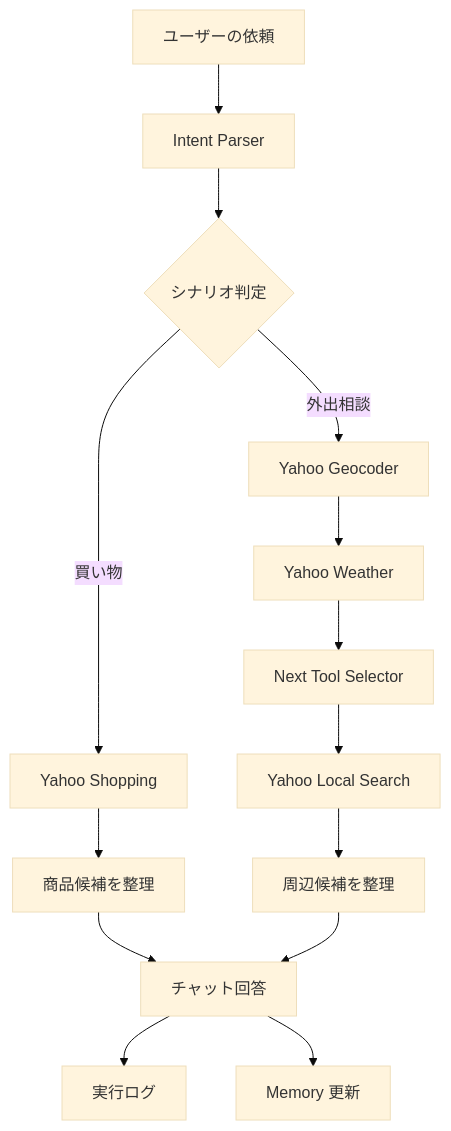
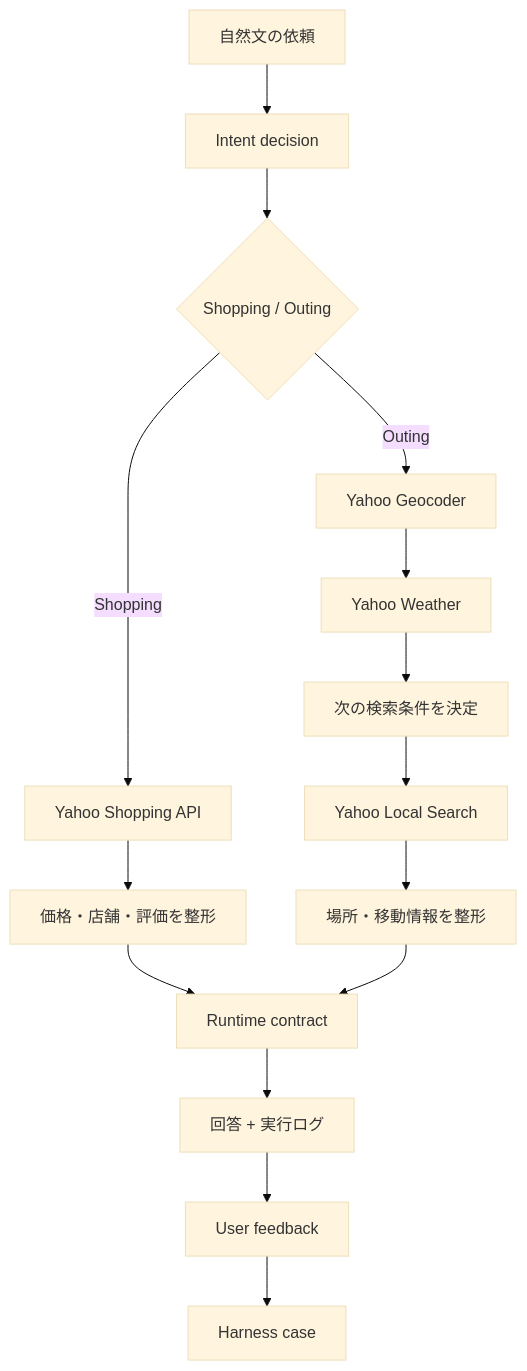
Before and after one commit to dragonwang71/agent-yh-prototype: the diagram in README.md, drawn with Mermaid (base theme). The commit also changed other lines of this file and 36 other files, not shown here.

````diff
--- a/README.md
+++ b/README.md
@@ -47,19 +28,20 @@
 ```mermaid
 flowchart TD
-  A["ユーザーの依頼"] --> B["Intent Parser"]
-  B --> C{"シナリオ判定"}
+  A["自然文の依頼"] --> B["Intent decision"]
+  B --> C{"Shopping / Outing"}
 
-  C -->|"買い物"| D["Yahoo Shopping"]
-  D --> E["商品候補を整理"]
+  C -->|"Shopping"| D["Yahoo Shopping API"]
+  D --> E["価格・店舗・評価を整形"]
 
-  C -->|"外出相談"| F["Yahoo Geocoder"]
+  C -->|"Outing"| F["Yahoo Geocoder"]
   F --> G["Yahoo Weather"]
-  G --> H["Next Tool Selector"]
+  G --> H["次の検索条件を決定"]
   H --> I["Yahoo Local Search"]
-  I --> J["周辺候補を整理"]
+  I --> J["場所・移動情報を整形"]
 
-  E --> K["チャット回答"]
+  E --> K["Runtime contract"]
   J --> K
-  K --> L["実行ログ"]
-  K --> M["Memory 更新"]
+  K --> L["回答 + 実行ログ"]
+  L --> M["User feedback"]
+  M --> N["Harness case"]
 ```
````
